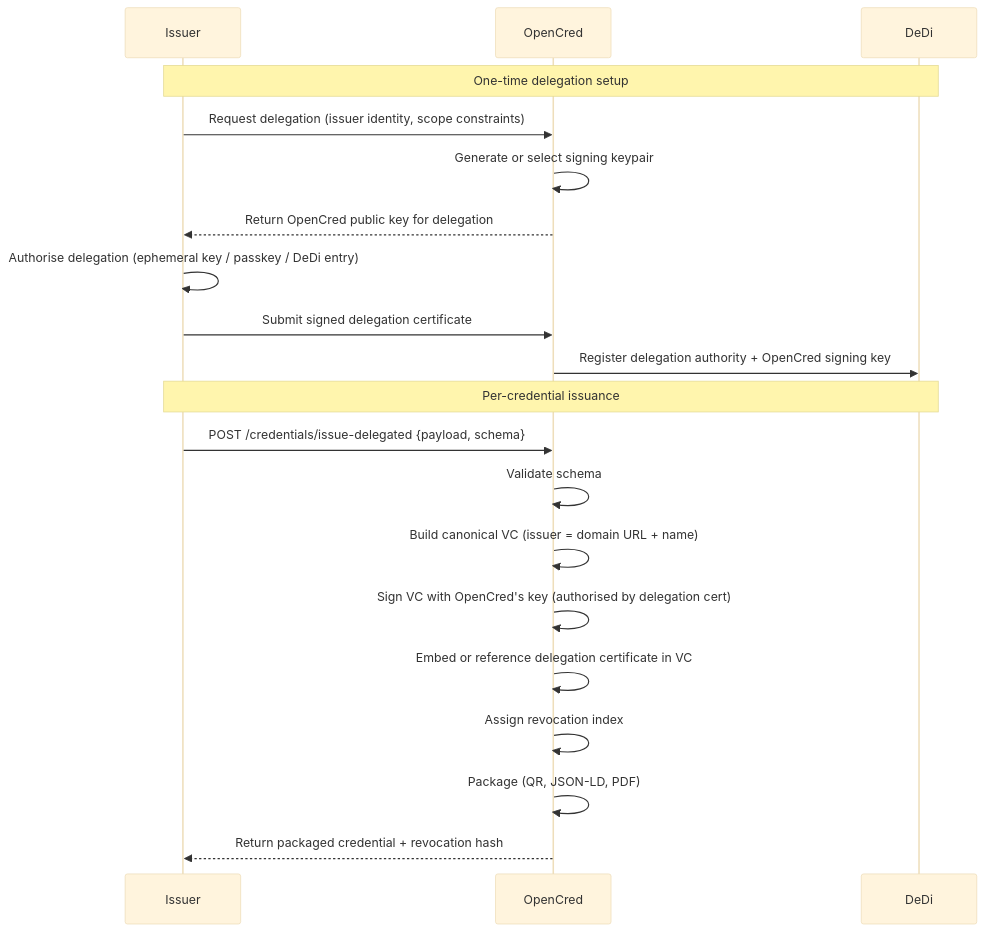
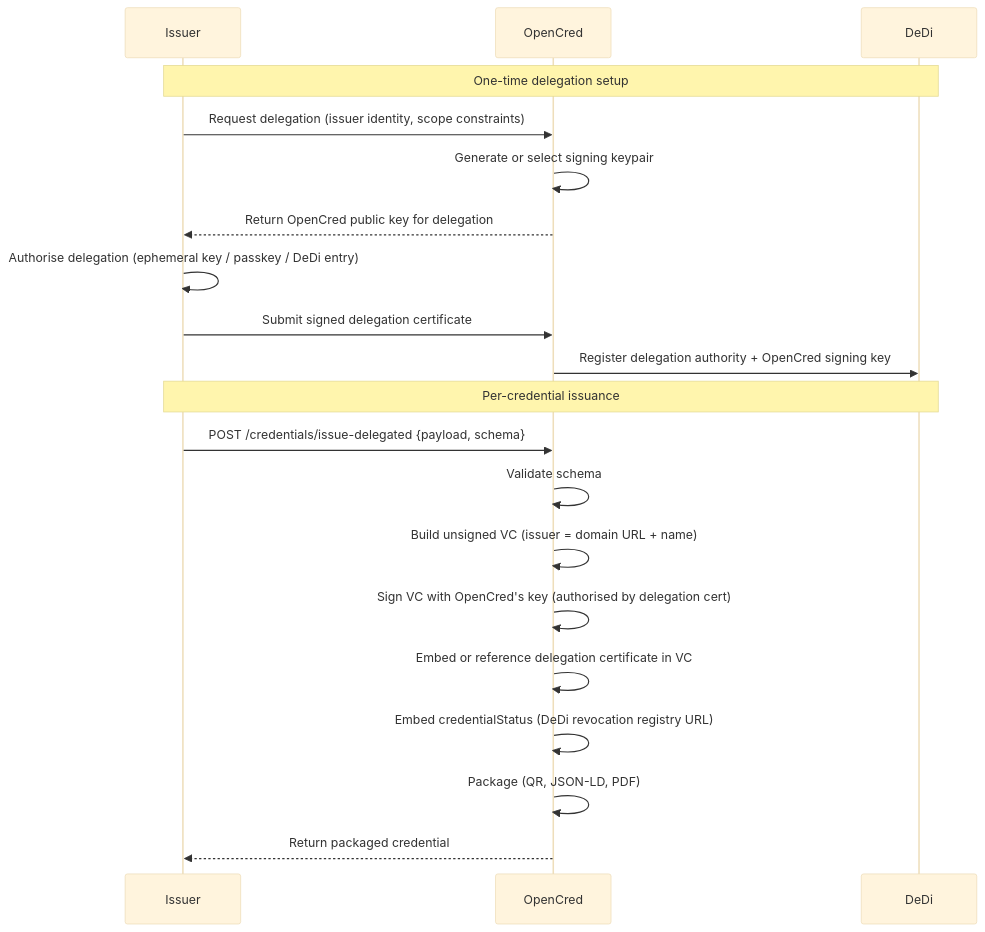
Before and after one commit to nfh-trust-labs/opencred: the third of 7 diagrams in OpenCred_PRD.md, drawn with Mermaid (base theme). The commit also changed other lines of this file, not shown here.

Commit message:
docs: align PRD revocation and delegation semantics

````diff
--- a/OpenCred_PRD.md
+++ b/OpenCred_PRD.md
@@ -338,24 +340,24 @@
 ```mermaid
 sequenceDiagram
     participant Issuer
     participant OpenCred
     participant DeDi
 
     Note over Issuer,DeDi: One-time delegation setup
     Issuer->>OpenCred: Request delegation (issuer identity, scope constraints)
     OpenCred->>OpenCred: Generate or select signing keypair
     OpenCred-->>Issuer: Return OpenCred public key for delegation
     Issuer->>Issuer: Authorise delegation (ephemeral key / passkey / DeDi entry)
     Issuer->>OpenCred: Submit signed delegation certificate
     OpenCred->>DeDi: Register delegation authority + OpenCred signing key
 
     Note over Issuer,DeDi: Per-credential issuance
     Issuer->>OpenCred: POST /credentials/issue-delegated {payload, schema}
     OpenCred->>OpenCred: Validate schema
-    OpenCred->>OpenCred: Build canonical VC (issuer = domain URL + name)
+    OpenCred->>OpenCred: Build unsigned VC (issuer = domain URL + name)
     OpenCred->>OpenCred: Sign VC with OpenCred's key (authorised by delegation cert)
     OpenCred->>OpenCred: Embed or reference delegation certificate in VC
-    OpenCred->>OpenCred: Assign revocation index
+    OpenCred->>OpenCred: Embed credentialStatus (DeDi revocation registry URL)
     OpenCred->>OpenCred: Package (QR, JSON-LD, PDF)
-    OpenCred-->>Issuer: Return packaged credential + revocation hash
+    OpenCred-->>Issuer: Return packaged credential
 ```
````
